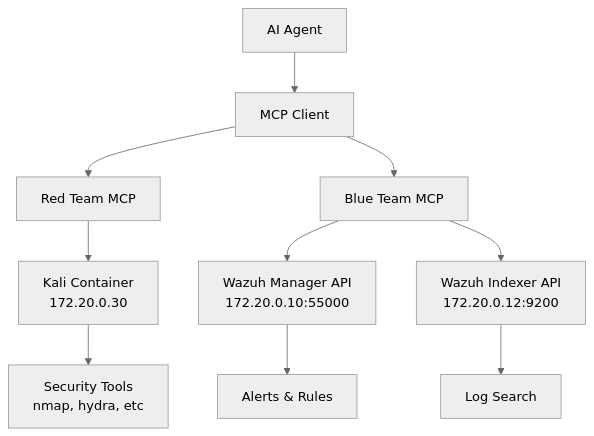
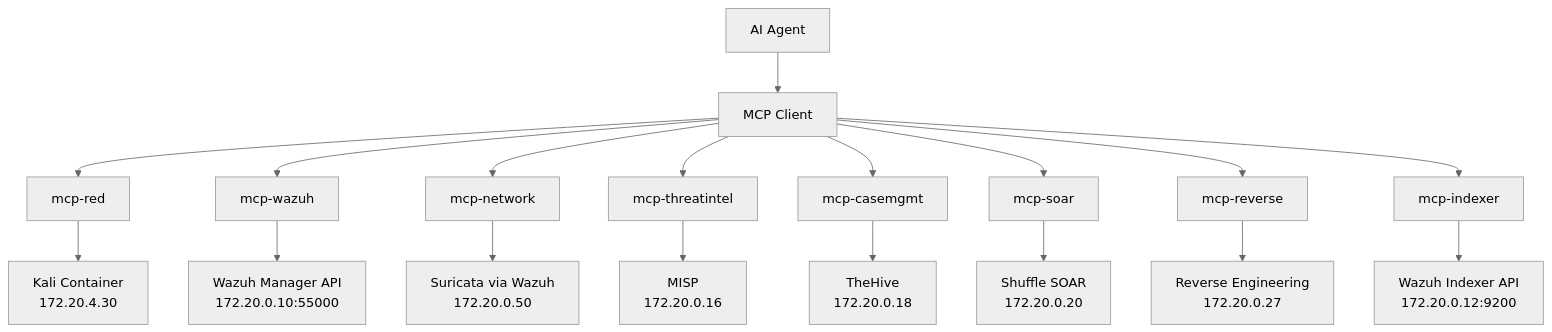
The diagram in docs/components/mcp-integration.md (Brad-Edwards/aptl), drawn with Mermaid (neutral theme) before and after one commit. The commit also changed other lines of this file and 13 other files, not shown here.

Commit message:
Update all documentation to reflect new architecture. Closes #81

````diff
--- a/docs/components/mcp-integration.md
+++ b/docs/components/mcp-integration.md
@@ -7,14 +7,21 @@
 ```mermaid
 flowchart TD
     A[AI Agent] --> B[MCP Client]
-    B --> C[Red Team MCP]
-    B --> D[Blue Team MCP]
+    B --> C[mcp-red]
+    B --> D[mcp-wazuh]
+    B --> E[mcp-network]
+    B --> F[mcp-threatintel]
+    B --> G[mcp-casemgmt]
+    B --> I[mcp-soar]
+    B --> J[mcp-reverse]
+    B --> K[mcp-indexer]
 
-    C --> G[Kali Container<br/>172.20.0.30]
-    D --> H[Wazuh Manager API<br/>172.20.0.10:55000]
-    D --> I[Wazuh Indexer API<br/>172.20.0.12:9200]
-
-    G --> L[Security Tools<br/>nmap, hydra, etc]
-    H --> M[Alerts & Rules]
-    I --> N[Log Search]
+    C --> L[Kali Container<br/>172.20.4.30]
+    D --> M[Wazuh Manager API<br/>172.20.0.10:55000]
+    K --> N[Wazuh Indexer API<br/>172.20.0.12:9200]
+    E --> O[Suricata via Wazuh<br/>172.20.0.50]
+    F --> P[MISP<br/>172.20.0.16]
+    G --> Q[TheHive<br/>172.20.0.18]
+    I --> R[Shuffle SOAR<br/>172.20.0.20]
+    J --> S[Reverse Engineering<br/>172.20.0.27]
 ```
````
